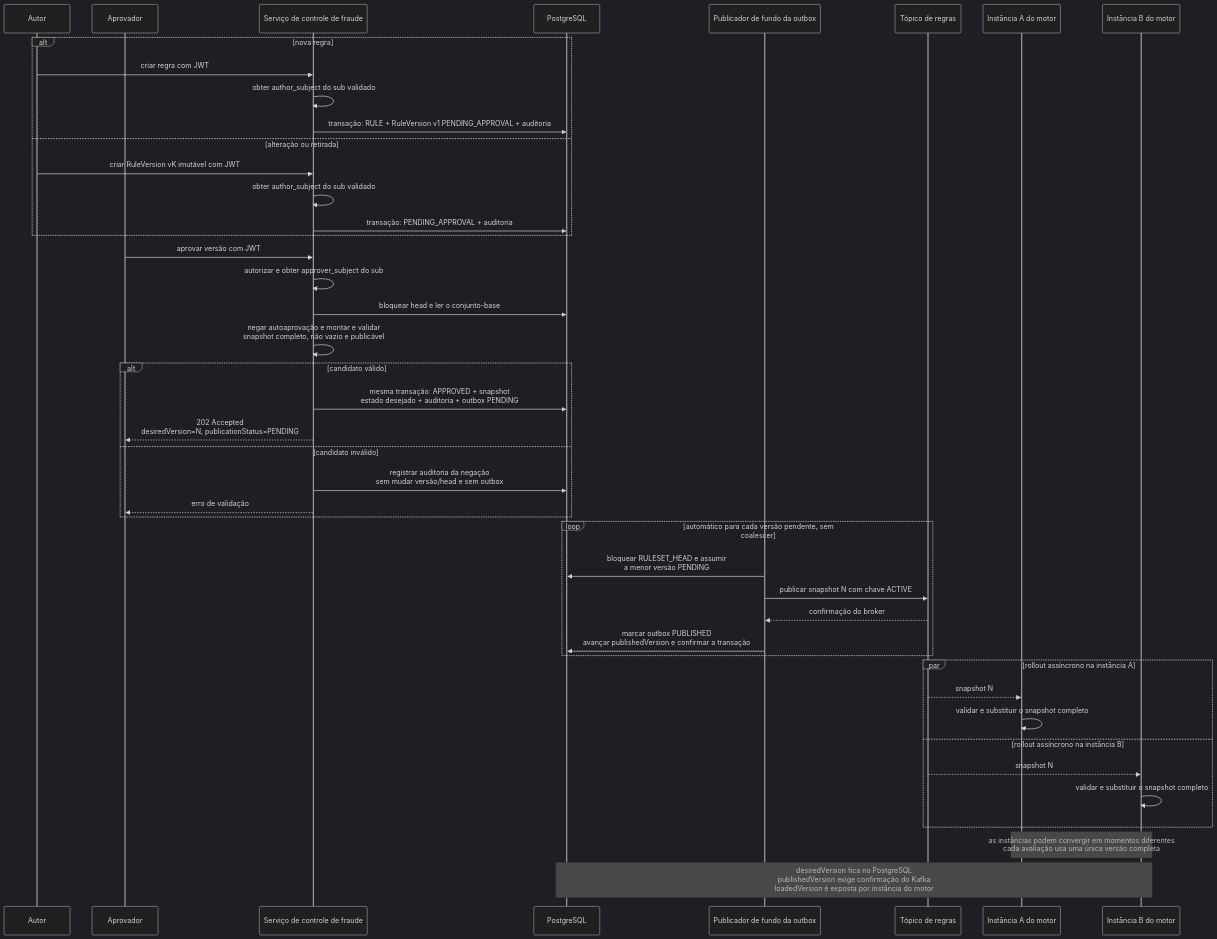
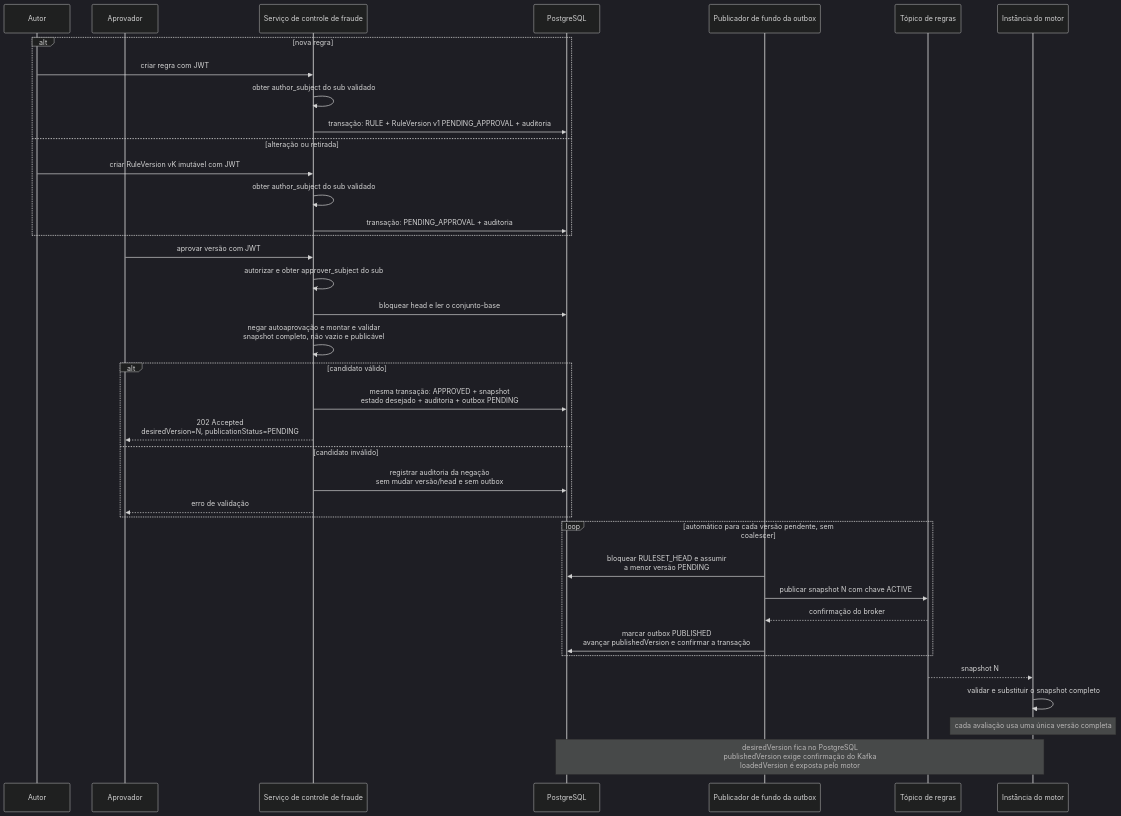
Before and after one commit to pablo-bochi/fraud-engine: the sixth of 8 diagrams in docs/plans/2026-09-04-1738-feat-fraud-detection-engine-plan.md, drawn with Mermaid (dark theme). The commit also changed other lines of this file, not shown here.

````diff
--- a/docs/plans/2026-09-04-1738-feat-fraud-detection-engine-plan.md
+++ b/docs/plans/2026-09-04-1738-feat-fraud-detection-engine-plan.md
@@ -408,48 +424,42 @@
 ```mermaid
 sequenceDiagram
   participant A as Autor
   participant V as Aprovador
   participant C as Serviço de controle de fraude
   participant D as PostgreSQL
   participant R as Publicador de fundo da outbox
   participant K as Tópico de regras
-  participant E1 as Instância A do motor
-  participant E2 as Instância B do motor
+  participant E as Instância do motor
 
   alt nova regra
     A->>C: criar regra com JWT
     C->>C: obter author_subject do sub validado
     C->>D: transação: RULE + RuleVersion v1 PENDING_APPROVAL + auditoria
   else alteração ou retirada
     A->>C: criar RuleVersion vK imutável com JWT
     C->>C: obter author_subject do sub validado
     C->>D: transação: PENDING_APPROVAL + auditoria
   end
   V->>C: aprovar versão com JWT
   C->>C: autorizar e obter approver_subject do sub
   C->>D: bloquear head e ler o conjunto-base
   C->>C: negar autoaprovação e montar e validar<br/>snapshot completo, não vazio e publicável
   alt candidato válido
     C->>D: mesma transação: APPROVED + snapshot<br/>estado desejado + auditoria + outbox PENDING
     C-->>V: 202 Accepted<br/>desiredVersion=N, publicationStatus=PENDING
   else candidato inválido
     C->>D: registrar auditoria da negação<br/>sem mudar versão/head e sem outbox
     C-->>V: erro de validação
   end
 
   loop automático para cada versão pendente, sem coalescer
     R->>D: bloquear RULESET_HEAD e assumir<br/>a menor versão PENDING
     R->>K: publicar snapshot N com chave ACTIVE
     K-->>R: confirmação do broker
     R->>D: marcar outbox PUBLISHED<br/>avançar publishedVersion e confirmar a transação
   end
-  par rollout assíncrono na instância A
-    K-->>E1: snapshot N
-    E1->>E1: validar e substituir o snapshot completo
-  and rollout assíncrono na instância B
-    K-->>E2: snapshot N
-    E2->>E2: validar e substituir o snapshot completo
-  end
-  Note over E1,E2: as instâncias podem convergir em momentos diferentes<br/>cada avaliação usa uma única versão completa
-  Note over D,E2: desiredVersion fica no PostgreSQL<br/>publishedVersion exige confirmação do Kafka<br/>loadedVersion é exposta por instância do motor
+  K-->>E: snapshot N
+  E->>E: validar e substituir o snapshot completo
+  Note over E: cada avaliação usa uma única versão completa
+  Note over D,E: desiredVersion fica no PostgreSQL<br/>publishedVersion exige confirmação do Kafka<br/>loadedVersion é exposta pelo motor
 ```
````
